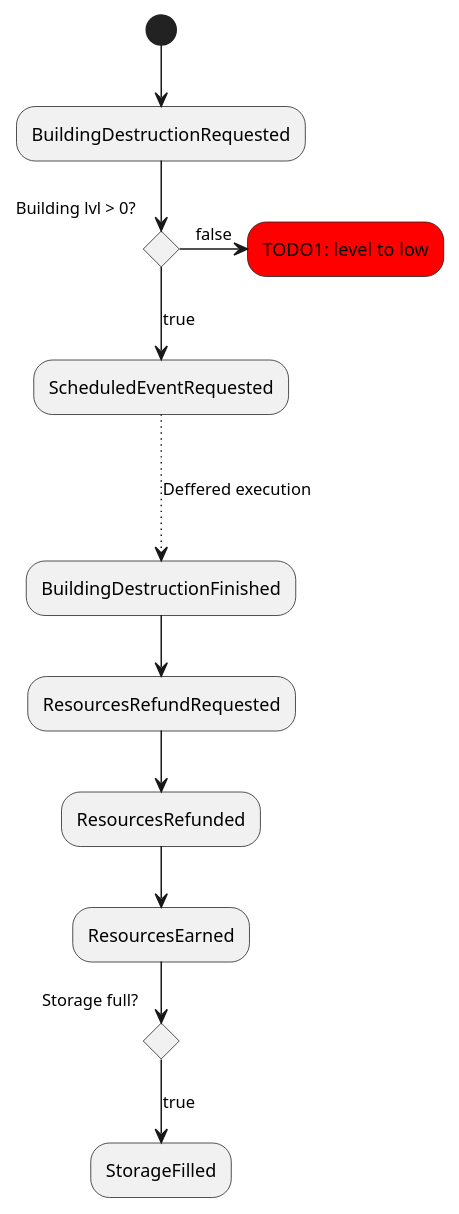
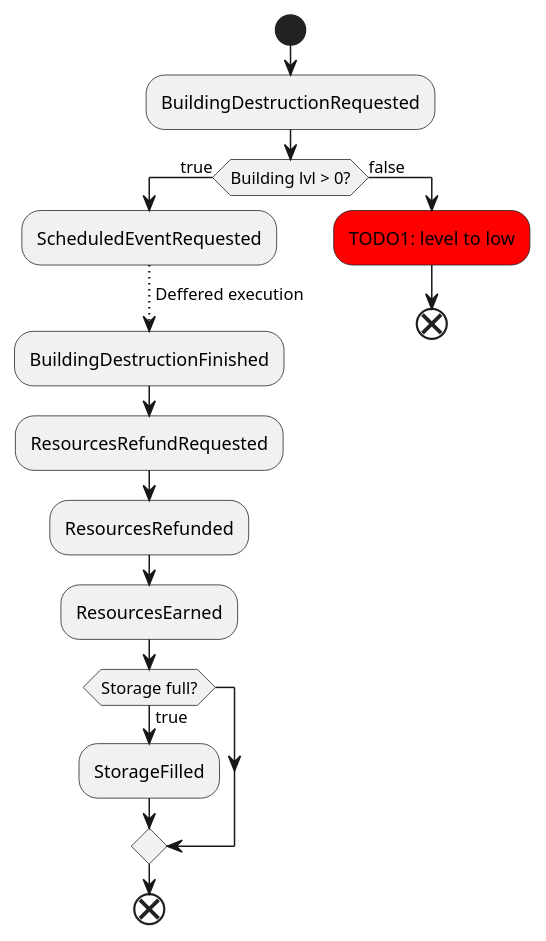
One commit to tomekbielaszewski/ogame-clone changed the diagram in docs/building-destruction-flow.puml. Above: the diagram before and after it, drawn with PlantUML.

Commit message:
docs: newer puml syntax in building destruction flow chart

```diff
--- a/docs/building-destruction-flow.puml
+++ b/docs/building-destruction-flow.puml
@@ -1,24 +1,22 @@
 @startuml
 
-skinparam activity {
-  BackgroundColor<< Error >> Red
-}
+start
 
-(*) --> "BuildingDestructionRequested"
-
-"BuildingDestructionRequested" --> if "Building lvl > 0?" then
-    --> [true] "ScheduledEventRequested"
-else
-    -r-> [false] "TODO1: level to low" << Error >>
-endif
-
-"ScheduledEventRequested" ...> [Deffered execution] "BuildingDestructionFinished"
---> "ResourcesRefundRequested"
-"ResourcesRefundRequested" --> "ResourcesRefunded"
---> "ResourcesEarned"
-
-if "Storage full?" then
-    --> [true] "StorageFilled"
+:BuildingDestructionRequested;
+if (Building lvl > 0?) then (true)
+    :ScheduledEventRequested;
+    -[dotted]-> Deffered execution;
+    :BuildingDestructionFinished;
+    :ResourcesRefundRequested;
+    :ResourcesRefunded;
+    :ResourcesEarned;
+    if (Storage full?) then (true)
+        :StorageFilled;
+    endif
+    end
+else (false)
+    #red:TODO1: level to low;
+    end
 endif
 
 @enduml
```
